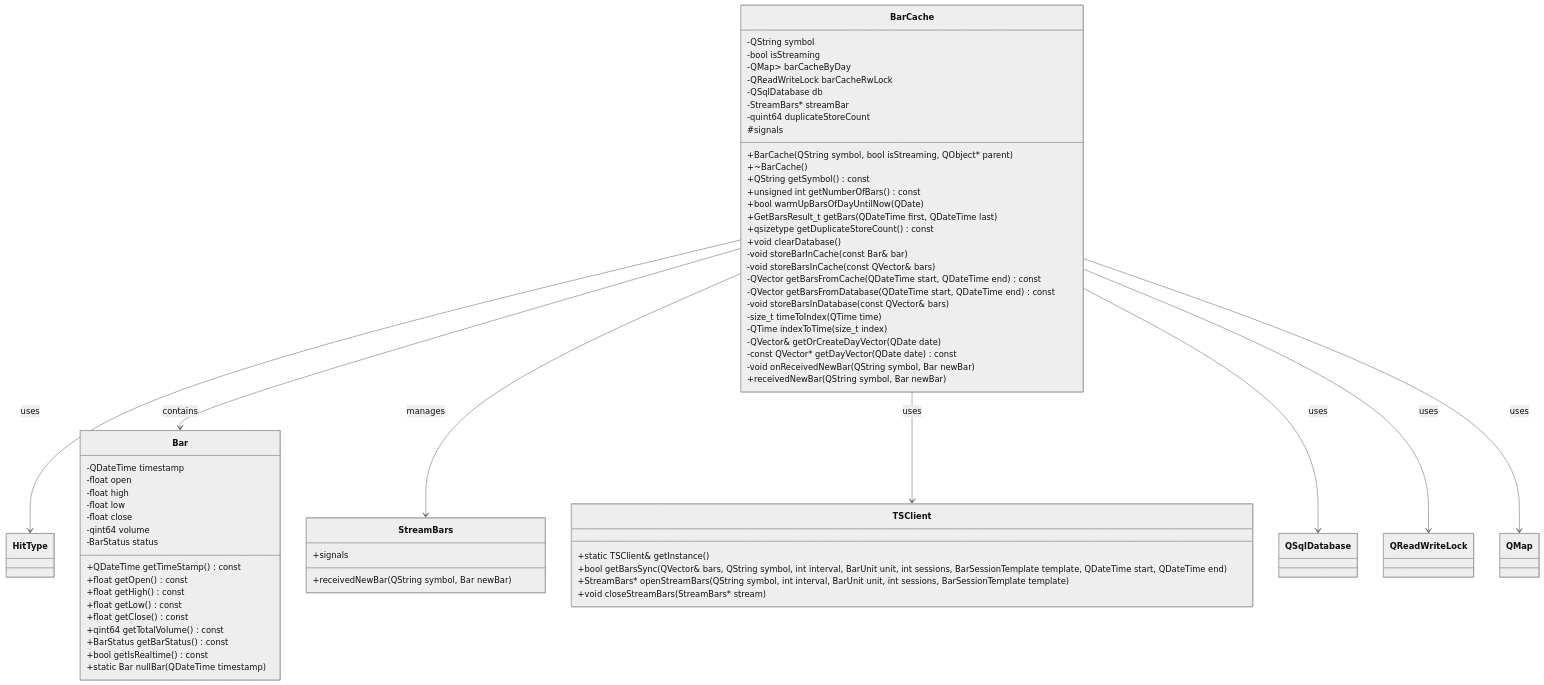
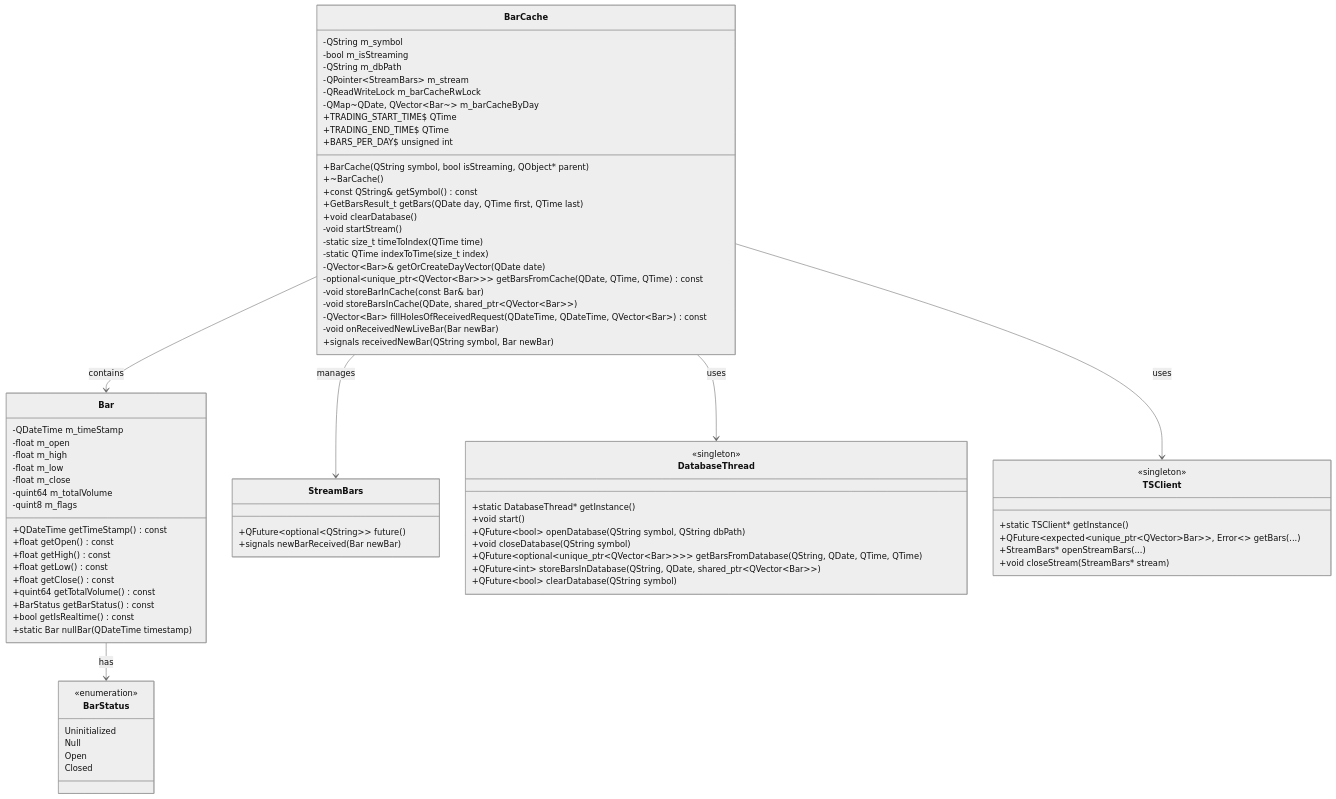
The first of 6 diagrams in Src/Core/Cache/BarCache/BarCache.md (simonbeaudoin0935/OpenTraderPlatform), drawn with Mermaid (neutral theme) before and after one commit. The commit also changed other lines of this file and 3 other files, not shown here.

````diff
--- a/Src/Core/Cache/BarCache/BarCache.md
+++ b/Src/Core/Cache/BarCache/BarCache.md
@@ -16,75 +23,91 @@
 ```mermaid
 classDiagram
     class BarCache {
-        -QString symbol
-        -bool isStreaming
-        -QMap<QDate, QVector<Bar>> barCacheByDay
-        -QReadWriteLock barCacheRwLock
-        -QSqlDatabase db
-        -StreamBars* streamBar
-        -quint64 duplicateStoreCount
+        -QString m_symbol
+        -bool m_isStreaming
+        -QString m_dbPath
+        -QPointer~StreamBars~ m_stream
+        -QReadWriteLock m_barCacheRwLock
+        -QMap~QDate, QVector~Bar~~ m_barCacheByDay
 
         +BarCache(QString symbol, bool isStreaming, QObject* parent)
         +~BarCache()
-        +QString getSymbol() const
-        +unsigned int getNumberOfBars() const
-        +bool warmUpBarsOfDayUntilNow(QDate)
-        +GetBarsResult_t getBars(QDateTime first, QDateTime last)
-        +qsizetype getDuplicateStoreCount() const
+        +const QString& getSymbol() const
+        +GetBarsResult_t getBars(QDate day, QTime first, QTime last)
         +void clearDatabase()
 
+        -void startStream()
+        -static size_t timeToIndex(QTime time)
+        -static QTime indexToTime(size_t index)
+        -QVector~Bar~& getOrCreateDayVector(QDate date)
+        -optional~unique_ptr~QVector~Bar~~~ getBarsFromCache(QDate, QTime, QTime) const
         -void storeBarInCache(const Bar& bar)
-        -void storeBarsInCache(const QVector<Bar>& bars)
-        -QVector<Bar> getBarsFromCache(QDateTime start, QDateTime end) const
-        -QVector<Bar> getBarsFromDatabase(QDateTime start, QDateTime end) const
-        -void storeBarsInDatabase(const QVector<Bar>& bars)
-        -size_t timeToIndex(QTime time)
-        -QTime indexToTime(size_t index)
-        -QVector<Bar>& getOrCreateDayVector(QDate date)
-        -const QVector<Bar>* getDayVector(QDate date) const
-        -void onReceivedNewBar(QString symbol, Bar newBar)
+        -void storeBarsInCache(QDate, shared_ptr~QVector~Bar~~)
+        -QVector~Bar~ fillHolesOfReceivedRequest(QDateTime, QDateTime, QVector~Bar~) const
+        -void onReceivedNewLiveBar(Bar newBar)
 
-        #signals
-        +receivedNewBar(QString symbol, Bar newBar)
+        +signals receivedNewBar(QString symbol, Bar newBar)
+
+        +TRADING_START_TIME$ QTime
+        +TRADING_END_TIME$ QTime
+        +BARS_PER_DAY$ unsigned int
     }
 
     class Bar {
-        -QDateTime timestamp
-        -float open
-        -float high
-        -float low
-        -float close
-        -qint64 volume
-        -BarStatus status
+        -QDateTime m_timeStamp
+        -float m_open
+        -float m_high
+        -float m_low
+        -float m_close
+        -quint64 m_totalVolume
+        -quint8 m_flags
 
         +QDateTime getTimeStamp() const
         +float getOpen() const
         +float getHigh() const
         +float getLow() const
         +float getClose() const
-        +qint64 getTotalVolume() const
+        +quint64 getTotalVolume() const
         +BarStatus getBarStatus() const
         +bool getIsRealtime() const
         +static Bar nullBar(QDateTime timestamp)
     }
 
+    class BarStatus {
+        <<enumeration>>
+        Uninitialized
+        Null
+        Open
+        Closed
+    }
+
     class StreamBars {
-        +signals
-        +receivedNewBar(QString symbol, Bar newBar)
+        +QFuture~optional~QString~~ future()
+        +signals newBarReceived(Bar newBar)
+    }
+
+    class DatabaseThread {
+        <<singleton>>
+        +static DatabaseThread* getInstance()
+        +void start()
+        +QFuture~bool~ openDatabase(QString symbol, QString dbPath)
+        +void closeDatabase(QString symbol)
+        +QFuture~optional~unique_ptr~QVector~Bar~~~~ getBarsFromDatabase(QString, QDate, QTime, QTime)
+        +QFuture~int~ storeBarsInDatabase(QString, QDate, shared_ptr~QVector~Bar~~)
+        +QFuture~bool~ clearDatabase(QString symbol)
     }
 
     class TSClient {
-        +static TSClient& getInstance()
-        +bool getBarsSync(QVector<Bar>& bars, QString symbol, int interval, BarUnit unit, int sessions, BarSessionTemplate template, QDateTime start, QDateTime end)
-        +StreamBars* openStreamBars(QString symbol, int interval, BarUnit unit, int sessions, BarSessionTemplate template)
-        +void closeStreamBars(StreamBars* stream)
+        <<singleton>>
+        +static TSClient* getInstance()
+        +QFuture~expected~unique_ptr~QVector~Bar~~, Error~~ getBars(...)
+        +StreamBars* openStreamBars(...)
+        +void closeStream(StreamBars* stream)
     }
 
-    BarCache --> HitType : uses
     BarCache --> Bar : contains
     BarCache --> StreamBars : manages
+    BarCache --> DatabaseThread : uses
     BarCache --> TSClient : uses
-    BarCache --> QSqlDatabase : uses
-    BarCache --> QReadWriteLock : uses
-    BarCache --> QMap : uses
+    Bar --> BarStatus : has
 ```
````
